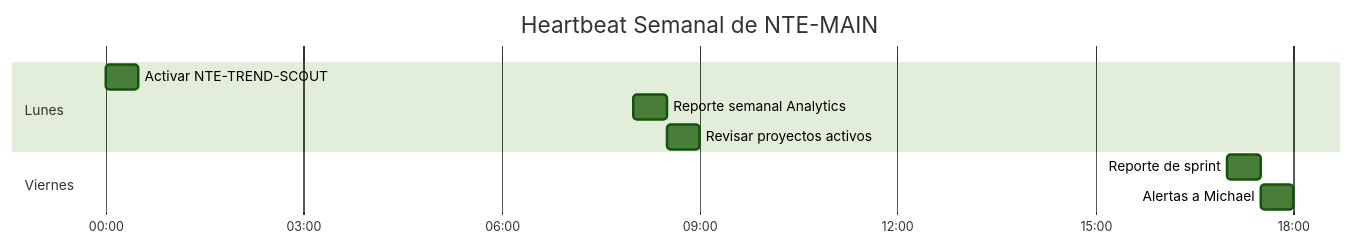
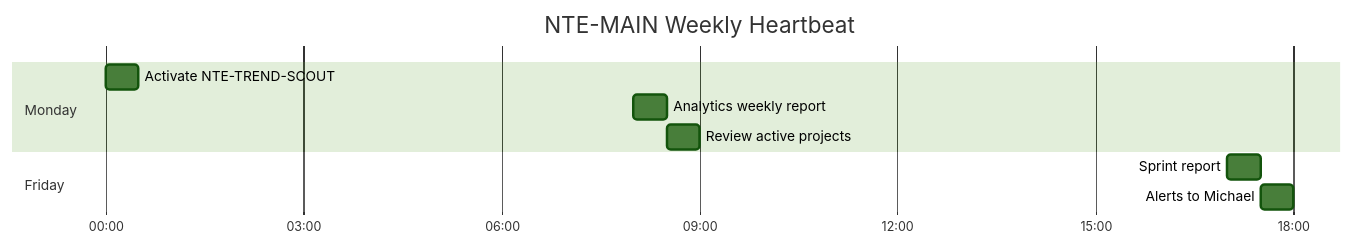
One commit to nissienterprise/nissi-openclaw-vps changed the diagram in documentation/03-agents/nte-main.md. Above: the diagram before and after it, drawn with Mermaid (forest theme). The commit also changed other lines of this file and 46 other files, not shown here.

````diff
--- a/documentation/03-agents/nte-main.md
+++ b/documentation/03-agents/nte-main.md
@@ -31,13 +31,13 @@
 ```mermaid
 gantt
-    title Heartbeat Semanal de NTE-MAIN
+    title NTE-MAIN Weekly Heartbeat
     dateFormat  HH:mm
     axisFormat  %H:%M
-    section Lunes
-    Activar NTE-TREND-SCOUT    :00:00, 30m
-    Reporte semanal Analytics  :08:00, 30m
-    Revisar proyectos activos  :08:30, 30m
-    section Viernes
-    Reporte de sprint          :17:00, 30m
-    Alertas a Michael          :17:30, 30m
+    section Monday
+    Activate NTE-TREND-SCOUT   :00:00, 30m
+    Analytics weekly report    :08:00, 30m
+    Review active projects     :08:30, 30m
+    section Friday
+    Sprint report              :17:00, 30m
+    Alerts to Michael          :17:30, 30m
 ```
````
